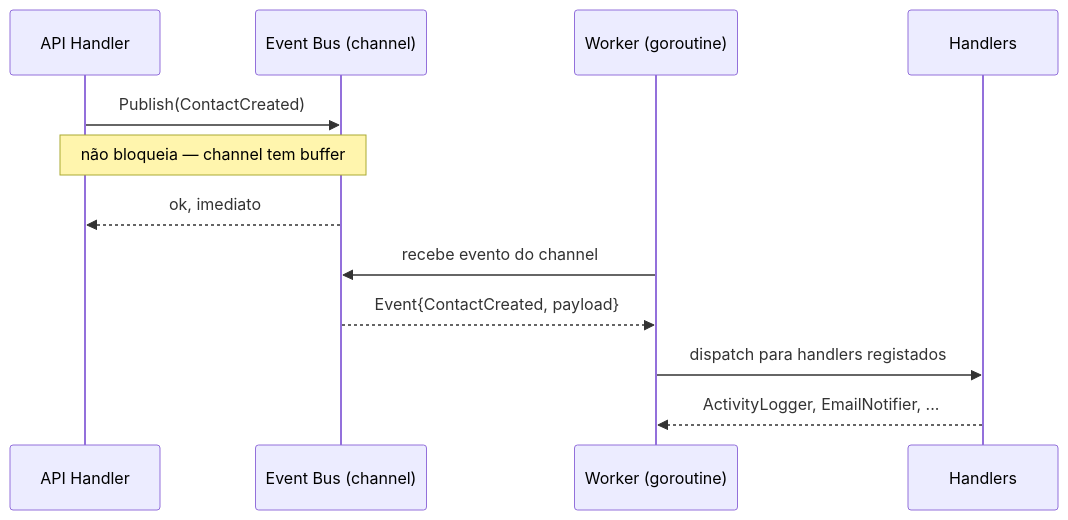
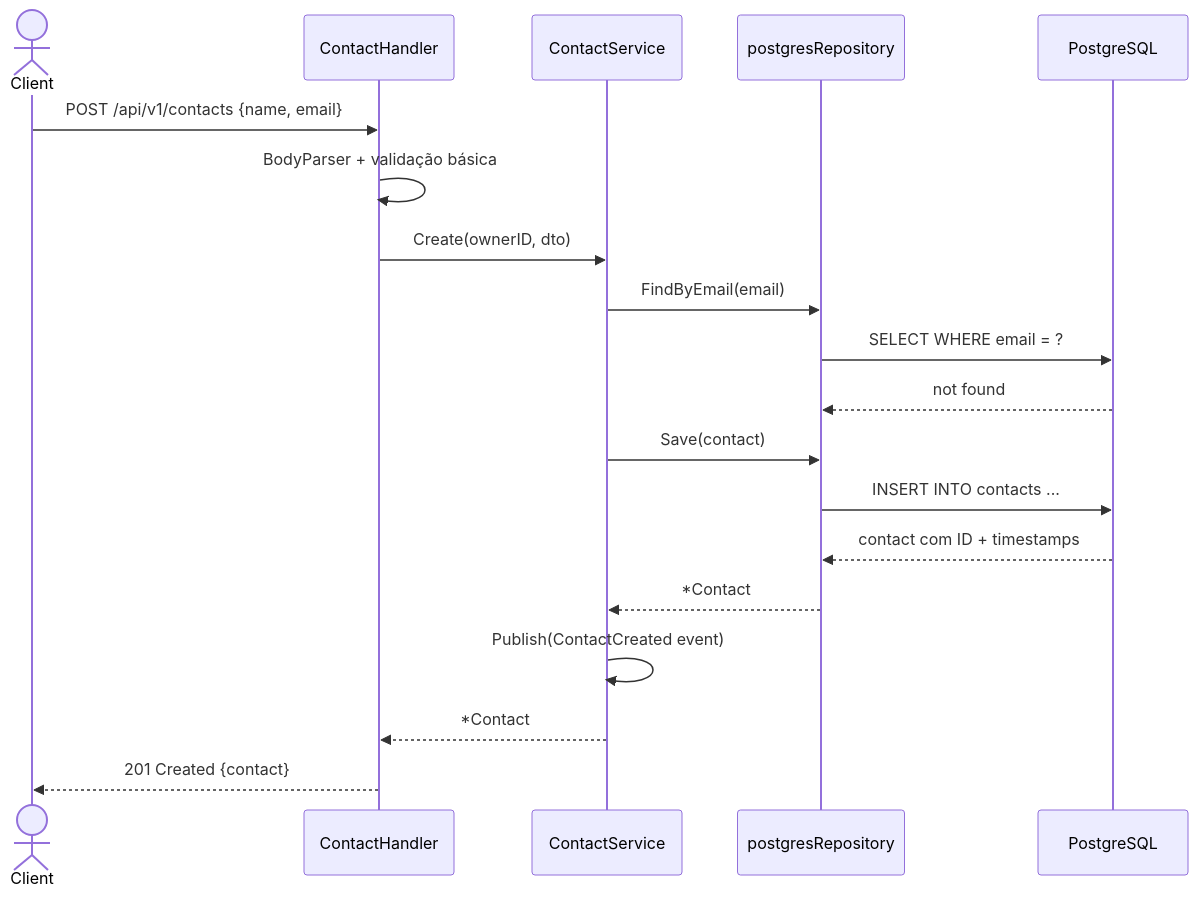
The second of 2 diagrams in README.md (titi-byte-dev/gorm-crm), drawn with Mermaid before and after one commit. The commit also changed other lines of this file and 13 other files, not shown here.

First line of the commit message:
feat(m03): add PostgreSQL, GORM, migrations and contacts CRUD

````diff
--- a/README.md
+++ b/README.md
@@ -217,16 +232,22 @@
 ```mermaid
 sequenceDiagram
-    participant API as API Handler
-    participant Bus as Event Bus (channel)
-    participant W as Worker (goroutine)
-    participant H as Handlers
+    actor Client
+    participant H as ContactHandler
+    participant S as ContactService
+    participant R as postgresRepository
+    participant DB as PostgreSQL
 
-    API->>Bus: Publish(ContactCreated)
-    Note over API,Bus: não bloqueia — channel tem buffer
-    Bus-->>API: ok, imediato
-
-    W->>Bus: recebe evento do channel
-    Bus-->>W: Event{ContactCreated, payload}
-    W->>H: dispatch para handlers registados
-    H-->>W: ActivityLogger, EmailNotifier, ...
+    Client->>H: POST /api/v1/contacts {name, email}
+    H->>H: BodyParser + validação básica
+    H->>S: Create(ownerID, dto)
+    S->>R: FindByEmail(email)
+    R->>DB: SELECT WHERE email = ?
+    DB-->>R: not found
+    S->>R: Save(contact)
+    R->>DB: INSERT INTO contacts ...
+    DB-->>R: contact com ID + timestamps
+    R-->>S: *Contact
+    S->>S: Publish(ContactCreated event)
+    S-->>H: *Contact
+    H-->>Client: 201 Created {contact}
 ```
````
